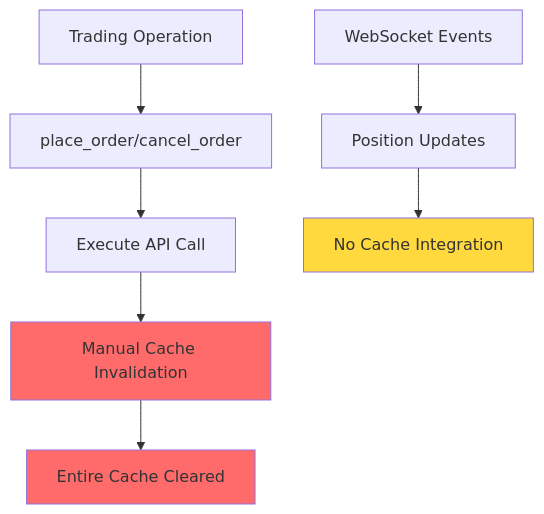
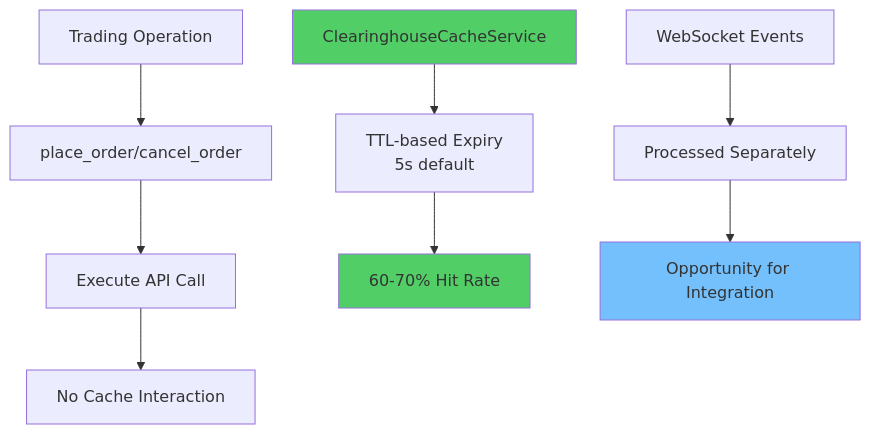
The first of 5 diagrams in workflow/cache_refactor/phase1_api_cache_refactor.md (plataplomo/hummingbot), drawn with Mermaid before and after one commit. The commit also changed other lines of this file and 3 other files, not shown here.

Commit message:
docs: Update cache architecture documents to reflect enhancements and simplifications in event-driven integration strategy

````diff
--- a/workflow/cache_refactor/phase1_api_cache_refactor.md
+++ b/workflow/cache_refactor/phase1_api_cache_refactor.md
@@ -14,14 +14,16 @@
 ```mermaid
 graph TD
     A[Trading Operation] --> B[place_order/cancel_order]
     B --> C[Execute API Call]
-    C --> D[Manual Cache Invalidation]
-    D --> E[Entire Cache Cleared]
+    C --> D[No Cache Interaction]
 
-    F[WebSocket Events] --> G[Position Updates]
-    G --> H[No Cache Integration]
+    E[ClearinghouseCacheService] --> F[TTL-based Expiry<br/>5s default]
+    F --> G[60-70% Hit Rate]
 
-    style D fill:#ff6b6b,color:#333
-    style E fill:#ff6b6b,color:#333
-    style H fill:#ffd93d,color:#333
+    H[WebSocket Events] --> I[Processed Separately]
+    I --> J[Opportunity for Integration]
+
+    style E fill:#51cf66,color:#333
+    style G fill:#51cf66,color:#333
+    style J fill:#74c0fc,color:#333
 ```
````
